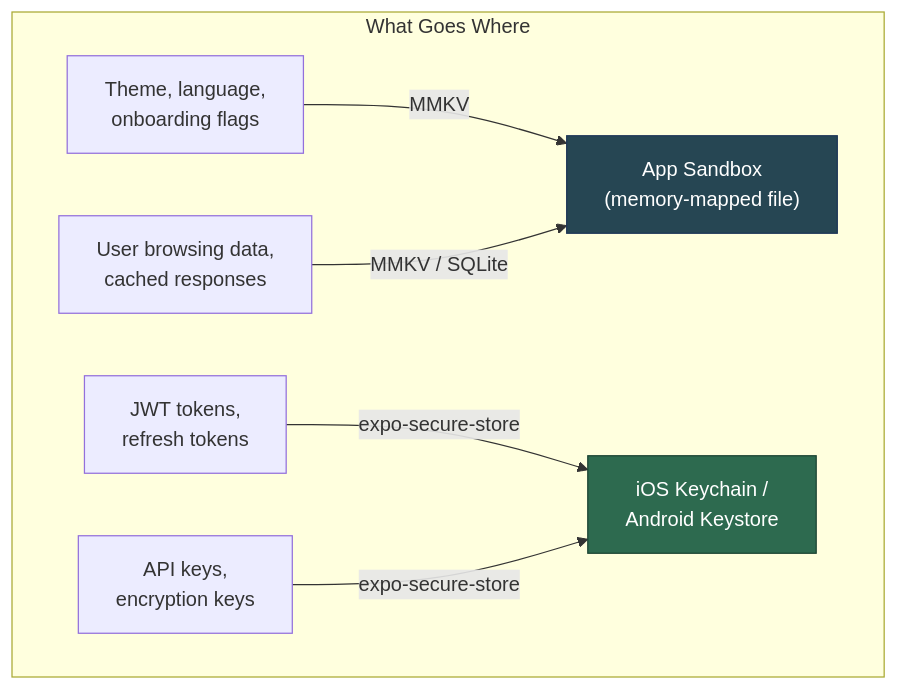
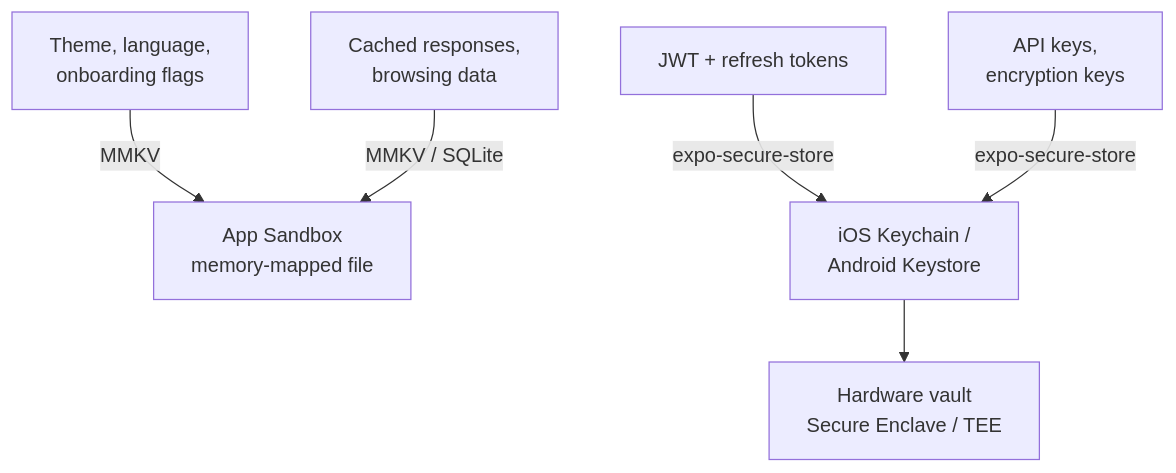
The second of 5 diagrams in arguments/chapters/rn-11-storage-persistence.md (BabaScience/react-guides), drawn with Mermaid before and after one commit. The commit also changed other lines of this file and 63 other files, not shown here.

First line of the commit message:
Enrich React Native roadmap with deeper content, visuals, and FR/IT translations

````diff
--- a/arguments/chapters/rn-11-storage-persistence.md
+++ b/arguments/chapters/rn-11-storage-persistence.md
@@ -123,13 +183,8 @@
 ```mermaid
-flowchart TB
-    subgraph "What Goes Where"
-        direction LR
-        A["Theme, language,<br/>onboarding flags"] -->|MMKV| B["App Sandbox<br/>(memory-mapped file)"]
-        C["JWT tokens,<br/>refresh tokens"] -->|expo-secure-store| D["iOS Keychain /<br/>Android Keystore"]
-        E["API keys,<br/>encryption keys"] -->|expo-secure-store| D
-        F["User browsing data,<br/>cached responses"] -->|MMKV / SQLite| B
-    end
-
-    style D fill:#2d6a4f,stroke:#1b4332,color:#fff
-    style B fill:#264653,stroke:#1d3557,color:#fff
+flowchart TD
+    A["Theme, language,<br/>onboarding flags"] -->|MMKV| B["App Sandbox<br/>memory-mapped file"]
+    F["Cached responses,<br/>browsing data"] -->|MMKV / SQLite| B
+    C["JWT + refresh tokens"] -->|expo-secure-store| D["iOS Keychain /<br/>Android Keystore"]
+    E["API keys,<br/>encryption keys"] -->|expo-secure-store| D
+    D --> H["Hardware vault<br/>Secure Enclave / TEE"]
 ```
````
